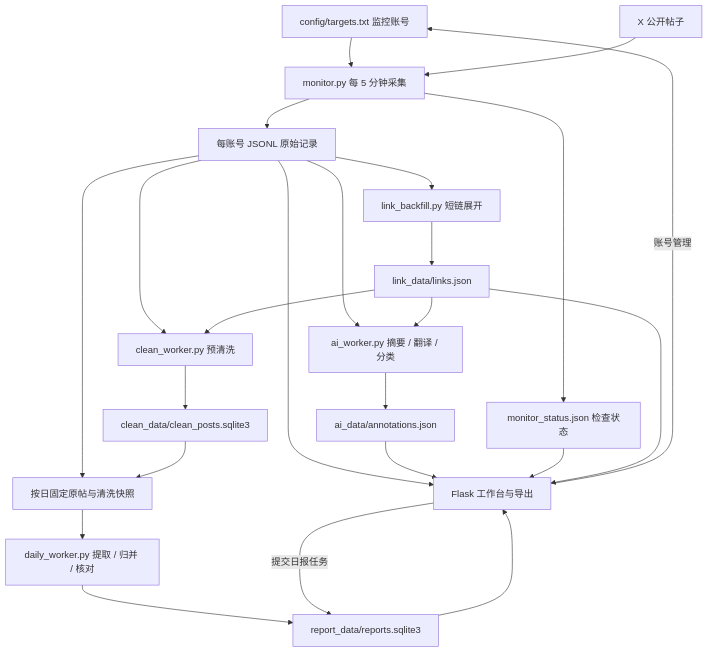
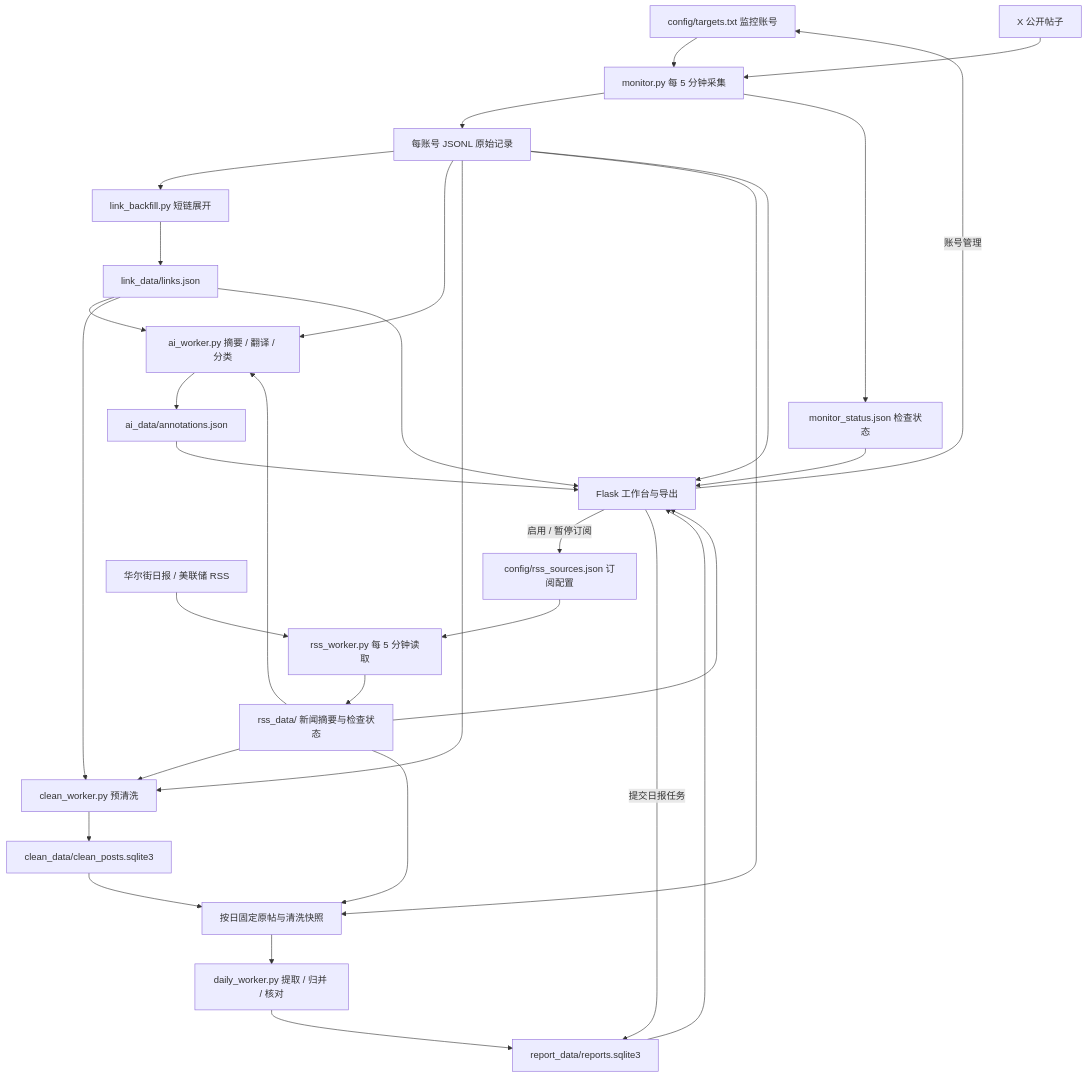
Before and after one commit to mmQuo/x-monitor: the diagram in docs/architecture.md, drawn with Mermaid. The commit also changed other lines of this file and 21 other files, not shown here.

Commit message:
Add WSJ and Federal Reserve RSS sources

````diff
--- a/docs/architecture.md
+++ b/docs/architecture.md
@@ -5,26 +5,34 @@
 ```mermaid
 flowchart TD
     targets[config/targets.txt 监控账号] --> monitor[monitor.py 每 5 分钟采集]
     x[X 公开帖子] --> monitor
     monitor --> raw[每账号 JSONL 原始记录]
     monitor --> status[monitor_status.json 检查状态]
+    rssconfig[config/rss_sources.json 订阅配置] --> rss[rss_worker.py 每 5 分钟读取]
+    feeds[华尔街日报 / 美联储 RSS] --> rss
+    rss --> rssraw[rss_data/ 新闻摘要与检查状态]
+    rssraw --> ai
+    rssraw --> clean
+    rssraw --> snapshot
+    rssraw --> web
     raw --> links[link_backfill.py 短链展开]
     links --> linkcache[link_data/links.json]
     raw --> ai[ai_worker.py 摘要 / 翻译 / 分类]
     linkcache --> ai
     ai --> annotations[ai_data/annotations.json]
     raw --> clean[clean_worker.py 预清洗]
     linkcache --> clean
     clean --> cache[clean_data/clean_posts.sqlite3]
     raw --> snapshot[按日固定原帖与清洗快照]
     cache --> snapshot
     snapshot --> daily[daily_worker.py 提取 / 归并 / 核对]
     daily --> reports[report_data/reports.sqlite3]
     raw --> web[Flask 工作台与导出]
     annotations --> web
     status --> web
     linkcache --> web
     reports --> web
     web -->|账号管理| targets
+    web -->|启用 / 暂停订阅| rssconfig
     web -->|提交日报任务| reports
 ```
````
